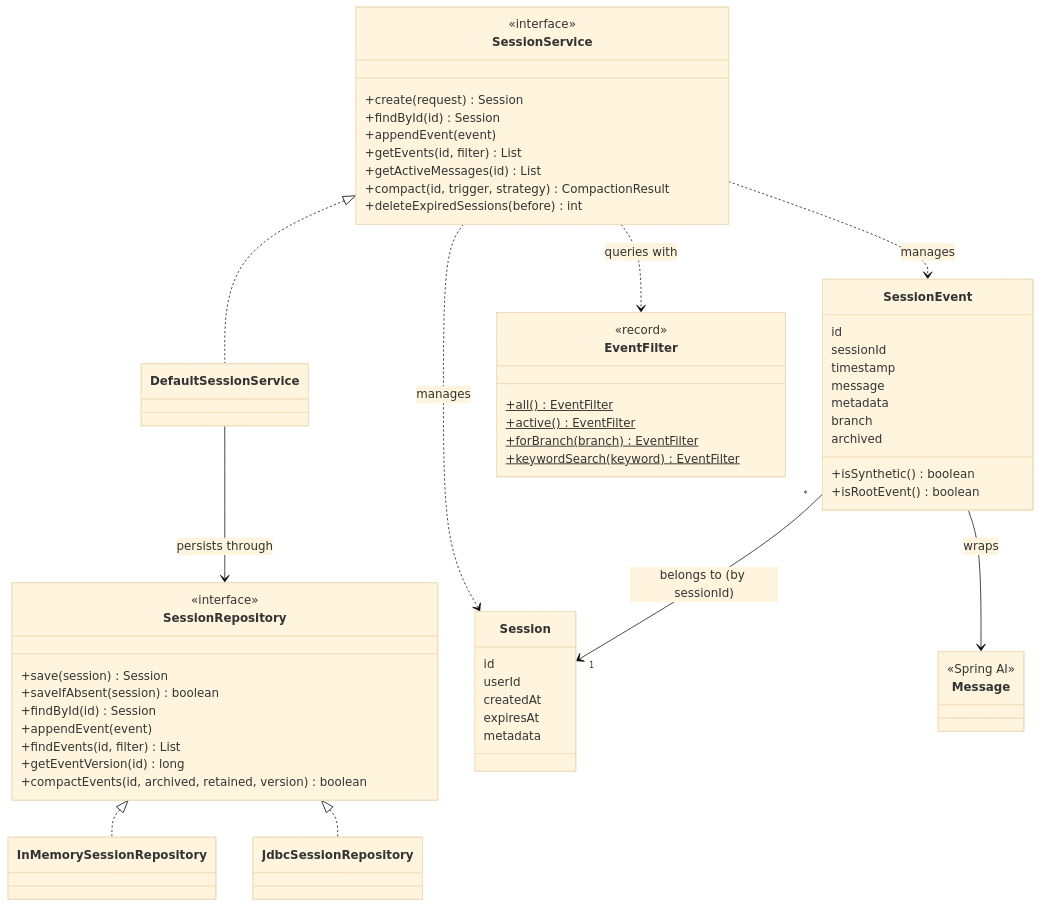
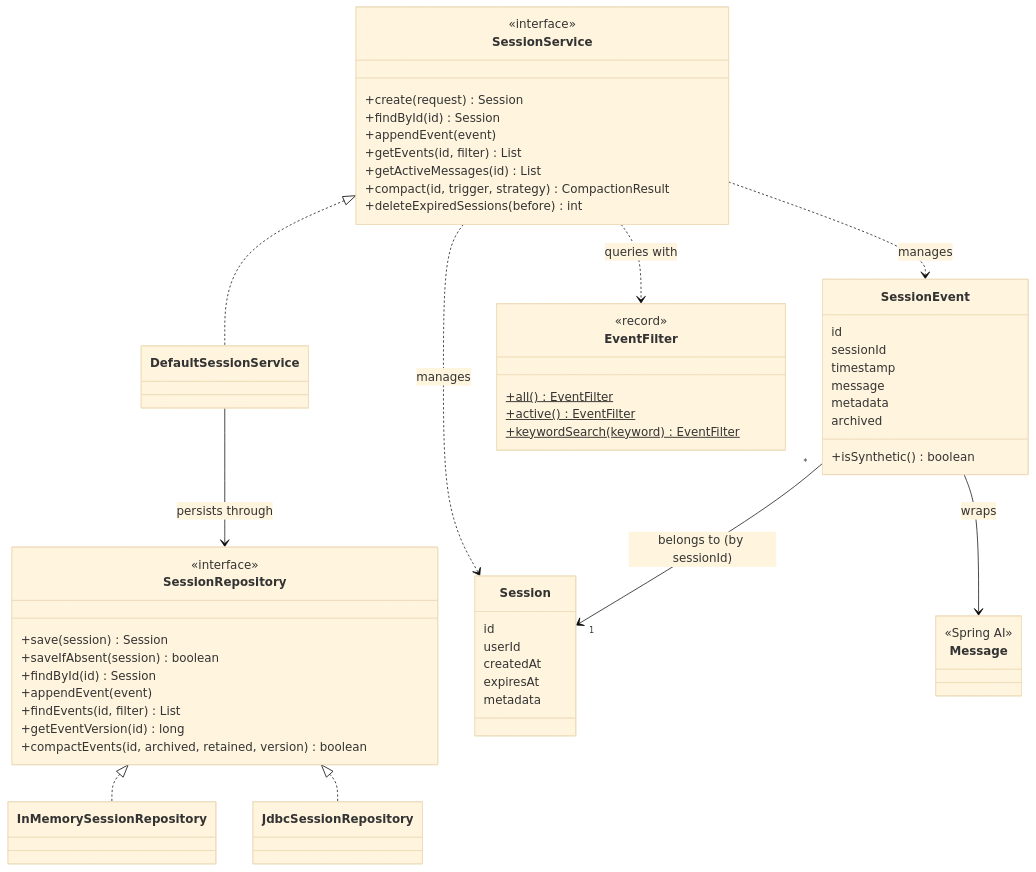
The first of 3 diagrams in docs/session-management/concepts.md (andotorg/spring-ai-session), drawn with Mermaid (base theme) before and after one commit. The commit also changed other lines of this file and 44 other files, not shown here.

````diff
--- a/docs/session-management/concepts.md
+++ b/docs/session-management/concepts.md
@@ -194,67 +185,64 @@
 ```mermaid
 classDiagram
     direction TB
 
     class SessionService {
         <<interface>>
         +create(request) Session
         +findById(id) Session
         +appendEvent(event)
         +getEvents(id, filter) List
         +getActiveMessages(id) List
         +compact(id, trigger, strategy) CompactionResult
         +deleteExpiredSessions(before) int
     }
     class DefaultSessionService
     class SessionRepository {
         <<interface>>
         +save(session) Session
         +saveIfAbsent(session) boolean
         +findById(id) Session
         +appendEvent(event)
         +findEvents(id, filter) List
         +getEventVersion(id) long
         +compactEvents(id, archived, retained, version) boolean
     }
     class InMemorySessionRepository
     class JdbcSessionRepository
 
     class Session {
         id
         userId
         createdAt
         expiresAt
         metadata
     }
     class SessionEvent {
         id
         sessionId
         timestamp
         message
         metadata
-        branch
         archived
         +isSynthetic() boolean
-        +isRootEvent() boolean
     }
     class Message {
         <<Spring AI>>
     }
     class EventFilter {
         <<record>>
         +all()$ EventFilter
         +active()$ EventFilter
-        +forBranch(branch)$ EventFilter
         +keywordSearch(keyword)$ EventFilter
     }
 
     SessionService <|.. DefaultSessionService
     DefaultSessionService --> SessionRepository : persists through
     SessionRepository <|.. InMemorySessionRepository
     SessionRepository <|.. JdbcSessionRepository
     SessionService ..> Session : manages
     SessionService ..> SessionEvent : manages
     SessionService ..> EventFilter : queries with
     SessionEvent "*" --> "1" Session : belongs to (by sessionId)
     SessionEvent --> Message : wraps
 ```
````
